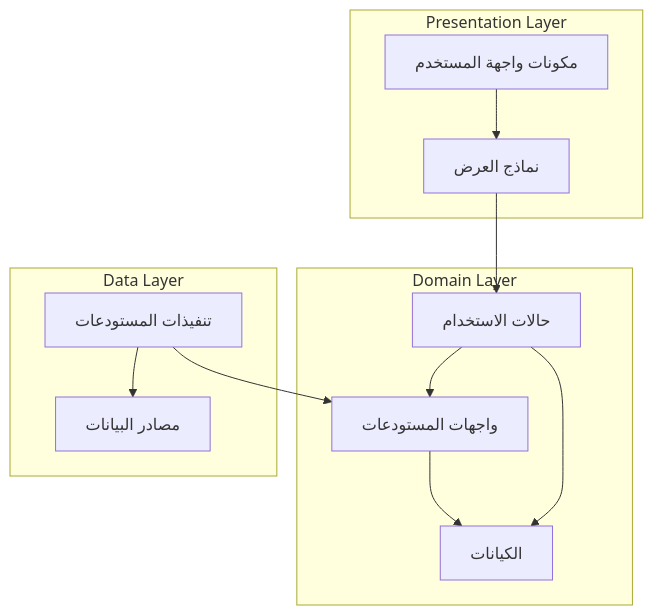
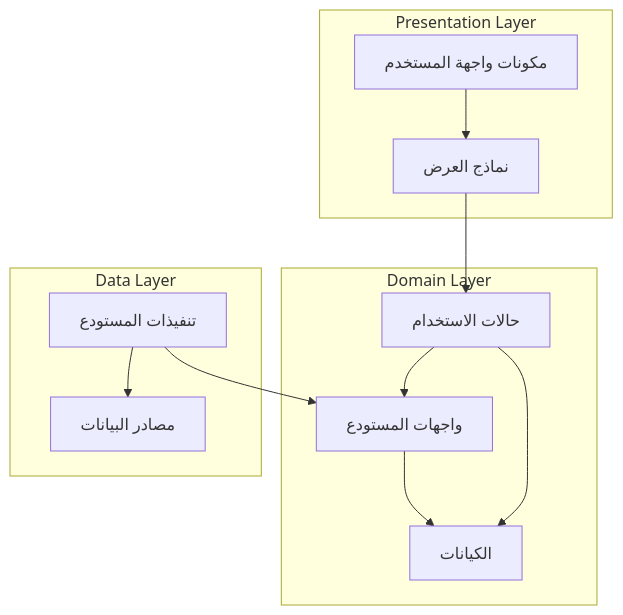
Before and after one commit to GeniusSystems24/genius_store: the diagram in lib/domain/README-ar.md, drawn with Mermaid. The commit also changed other lines of this file and 26 other files, not shown here.

````diff
--- a/lib/domain/README-ar.md
+++ b/lib/domain/README-ar.md
@@ -31,26 +31,26 @@
 ```mermaid
 flowchart TD
     subgraph Presentation Layer
         UI[مكونات واجهة المستخدم]
         ViewModel[نماذج العرض]
     end
     
     subgraph Domain Layer
         Entities[الكيانات]
-        Repositories[واجهات المستودعات]
+        Repositories[واجهات المستودع]
         UseCases[حالات الاستخدام]
     end
     
     subgraph Data Layer
-        RepoImpls[تنفيذات المستودعات]
+        RepoImpls[تنفيذات المستودع]
         DataSources[مصادر البيانات]
     end
     
     UI --> ViewModel
     ViewModel --> UseCases
     UseCases --> Entities
     UseCases --> Repositories
     Repositories --> Entities
     RepoImpls --> Repositories
     RepoImpls --> DataSources
 ```
````
